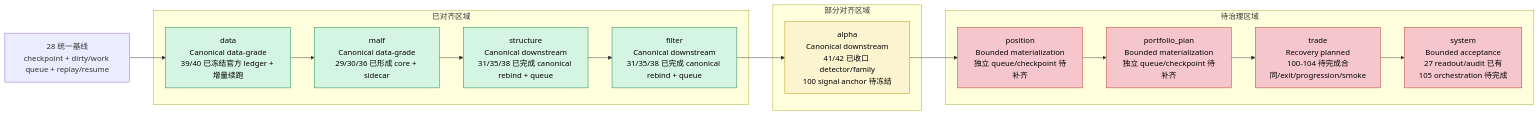
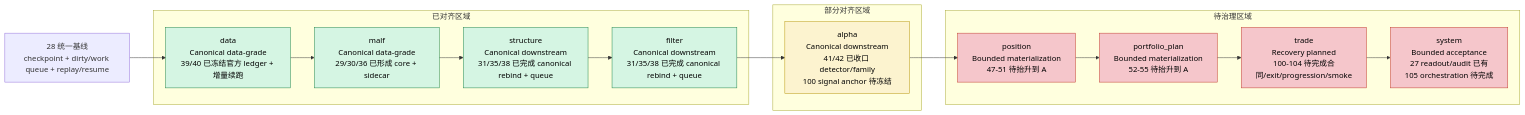
One commit to everything-is-simple/lifespan-0.01 changed the first of 4 diagrams in docs/02-spec/Ω-system-delivery-roadmap-20260409.md. Above: the diagram before and after it, drawn with Mermaid. The commit also changed other lines of this file and 39 other files, not shown here.

````diff
--- a/docs/02-spec/Ω-system-delivery-roadmap-20260409.md
+++ b/docs/02-spec/Ω-system-delivery-roadmap-20260409.md
@@ -52,31 +52,31 @@
 ```mermaid
 flowchart LR
     C28["28 统一基线\ncheckpoint + dirty/work queue + replay/resume"] --> DATA
 
     subgraph ALIGNED["已对齐区域"]
         DATA["data\nCanonical data-grade\n39/40 已冻结官方 ledger + 增量续跑"]
         MALF["malf\nCanonical data-grade\n29/30/36 已形成 core + sidecar"]
         STR["structure\nCanonical downstream\n31/35/38 已完成 canonical rebind + queue"]
         FLT["filter\nCanonical downstream\n31/35/38 已完成 canonical rebind + queue"]
     end
 
     subgraph PARTIAL["部分对齐区域"]
         ALPHA["alpha\nCanonical downstream\n41/42 已收口 detector/family\n100 signal anchor 待冻结"]
     end
 
     subgraph PENDING["待治理区域"]
-        POS["position\nBounded materialization\n独立 queue/checkpoint 待补齐"]
-        PLAN["portfolio_plan\nBounded materialization\n独立 queue/checkpoint 待补齐"]
+        POS["position\nBounded materialization\n47-51 待抬升到 A"]
+        PLAN["portfolio_plan\nBounded materialization\n52-55 待抬升到 A"]
         TRADE["trade\nRecovery planned\n100-104 待完成合同/exit/progression/smoke"]
         SYS["system\nBounded acceptance\n27 readout/audit 已有\n105 orchestration 待完成"]
     end
 
     DATA --> MALF --> STR --> FLT --> ALPHA --> POS --> PLAN --> TRADE --> SYS
 
     classDef aligned fill:#d5f5e3,stroke:#1e8449,color:#000;
     classDef partial fill:#fcf3cf,stroke:#b7950b,color:#000;
     classDef pending fill:#f5c6cb,stroke:#c0392b,color:#000;
     class DATA,MALF,STR,FLT aligned;
     class ALPHA partial;
     class POS,PLAN,TRADE,SYS pending;
 ```
````
